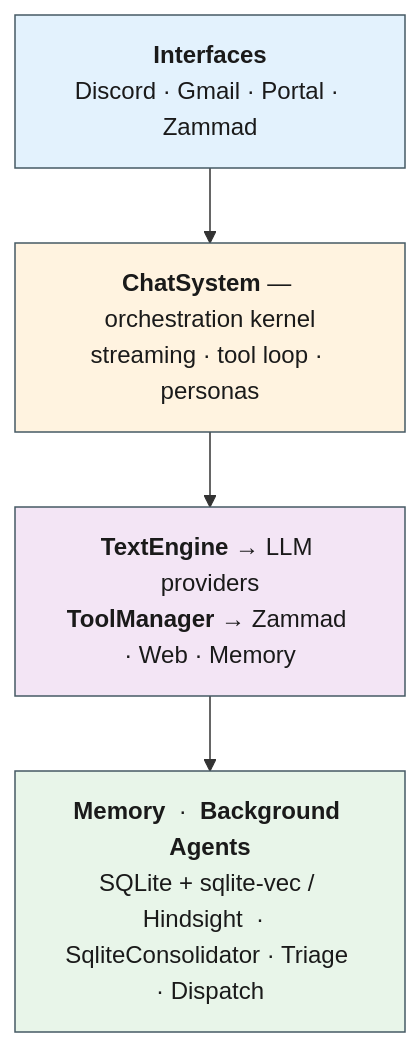
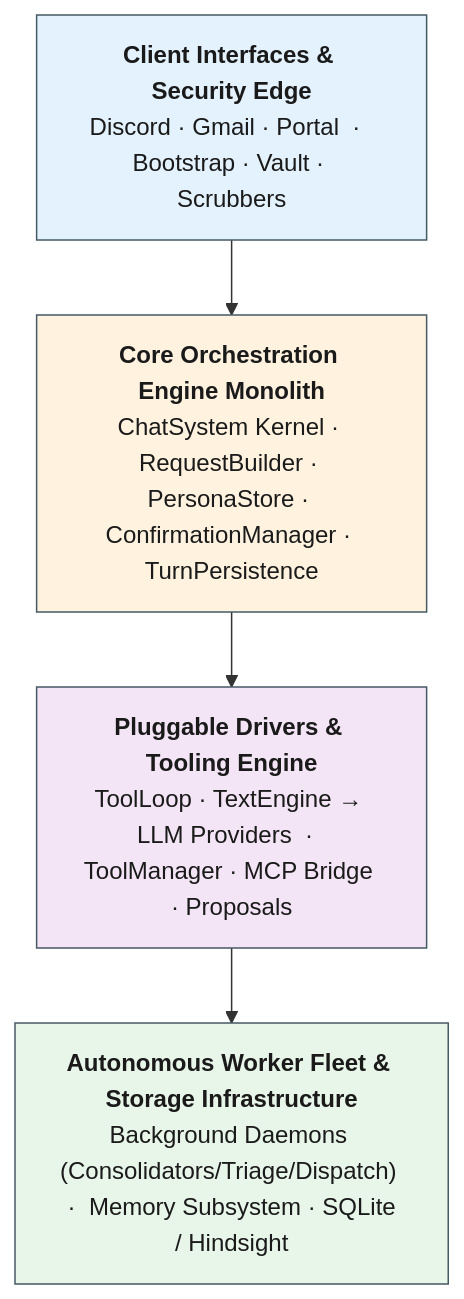
The diagram in readme.md (Addrick/agent-orchestrator), drawn with Mermaid before and after one commit. The commit also changed 2 other files, not shown here.

Commit message:
chart update

````diff
--- a/readme.md
+++ b/readme.md
@@ -18,20 +18,20 @@
 ```mermaid
 flowchart TB
-    IF["<b>Interfaces</b><br/>Discord · Gmail · Portal · Zammad"]
-    CORE["<b>ChatSystem</b> — orchestration kernel<br/>streaming · tool loop · personas"]
-    EXEC["<b>TextEngine</b> → LLM providers<br/><b>ToolManager</b> → Zammad · Web · Memory"]
-    DATA["<b>Memory</b> &nbsp;·&nbsp; <b>Background Agents</b><br/>SQLite + sqlite-vec / Hindsight &nbsp;·&nbsp; SqliteConsolidator · Triage · Dispatch"]
+    EDGE["<b>Client Interfaces &amp; Security Edge</b><br/>Discord · Gmail · Portal &nbsp;·&nbsp; Bootstrap · Vault · Scrubbers"]
+    CORE["<b>Core Orchestration Engine Monolith</b><br/>ChatSystem Kernel · RequestBuilder · PersonaStore · ConfirmationManager · TurnPersistence"]
+    DRIVERS["<b>Pluggable Drivers &amp; Tooling Engine</b><br/>ToolLoop · TextEngine → LLM Providers &nbsp;·&nbsp; ToolManager · MCP Bridge · Proposals"]
+    FLEET["<b>Autonomous Worker Fleet &amp; Storage Infrastructure</b><br/>Background Daemons (Consolidators/Triage/Dispatch) &nbsp;·&nbsp; Memory Subsystem · SQLite / Hindsight"]
 
-    IF   --> CORE
-    CORE --> EXEC
-    EXEC --> DATA
+    EDGE    --> CORE
+    CORE    --> DRIVERS
+    DRIVERS --> FLEET
 
-    classDef iface  fill:#E3F2FD,stroke:#455A64,color:#1A1A1A;
-    classDef core   fill:#FFF3E0,stroke:#455A64,color:#1A1A1A;
-    classDef exec   fill:#F3E5F5,stroke:#455A64,color:#1A1A1A;
-    classDef data   fill:#E8F5E9,stroke:#455A64,color:#1A1A1A;
-    class IF iface;
-    class CORE core;
-    class EXEC exec;
-    class DATA data;
+    classDef edge_s   fill:#E3F2FD,stroke:#455A64,color:#1A1A1A;
+    classDef core_s   fill:#FFF3E0,stroke:#455A64,color:#1A1A1A;
+    classDef driver_s fill:#F3E5F5,stroke:#455A64,color:#1A1A1A;
+    classDef fleet_s  fill:#E8F5E9,stroke:#455A64,color:#1A1A1A;
+    class EDGE edge_s;
+    class CORE core_s;
+    class DRIVERS driver_s;
+    class FLEET fleet_s;
 ```
````
